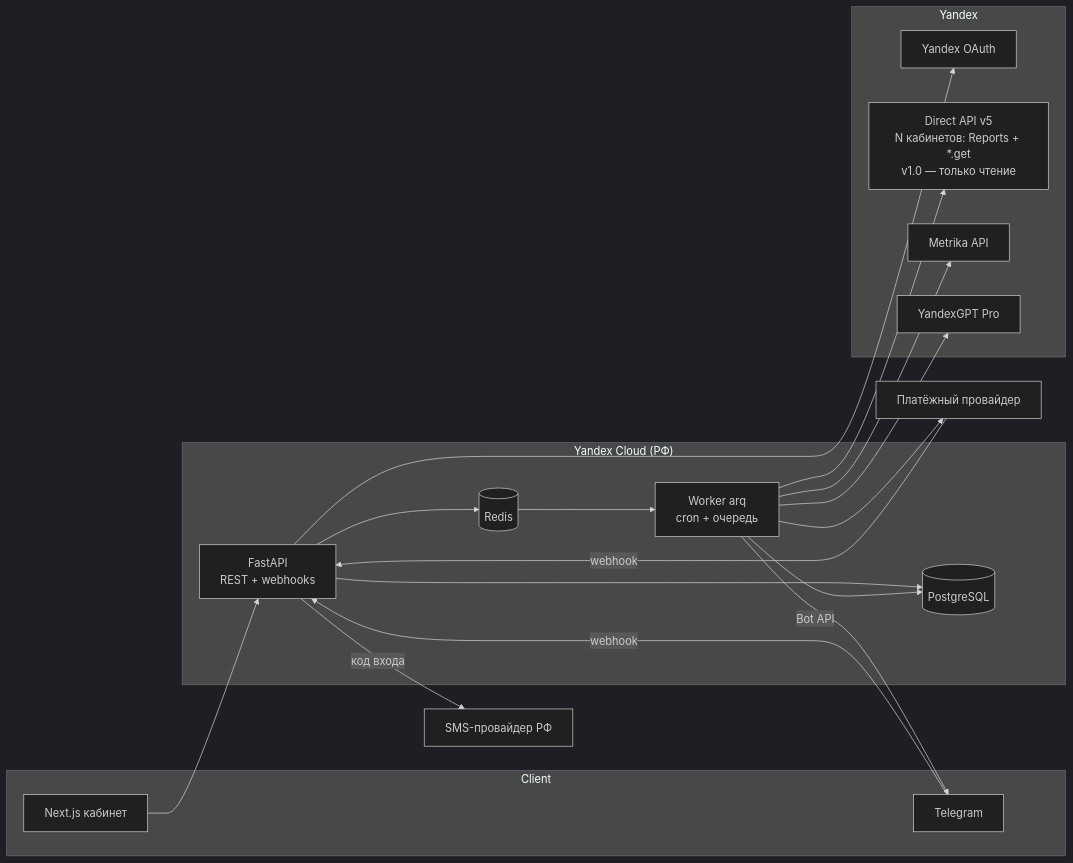
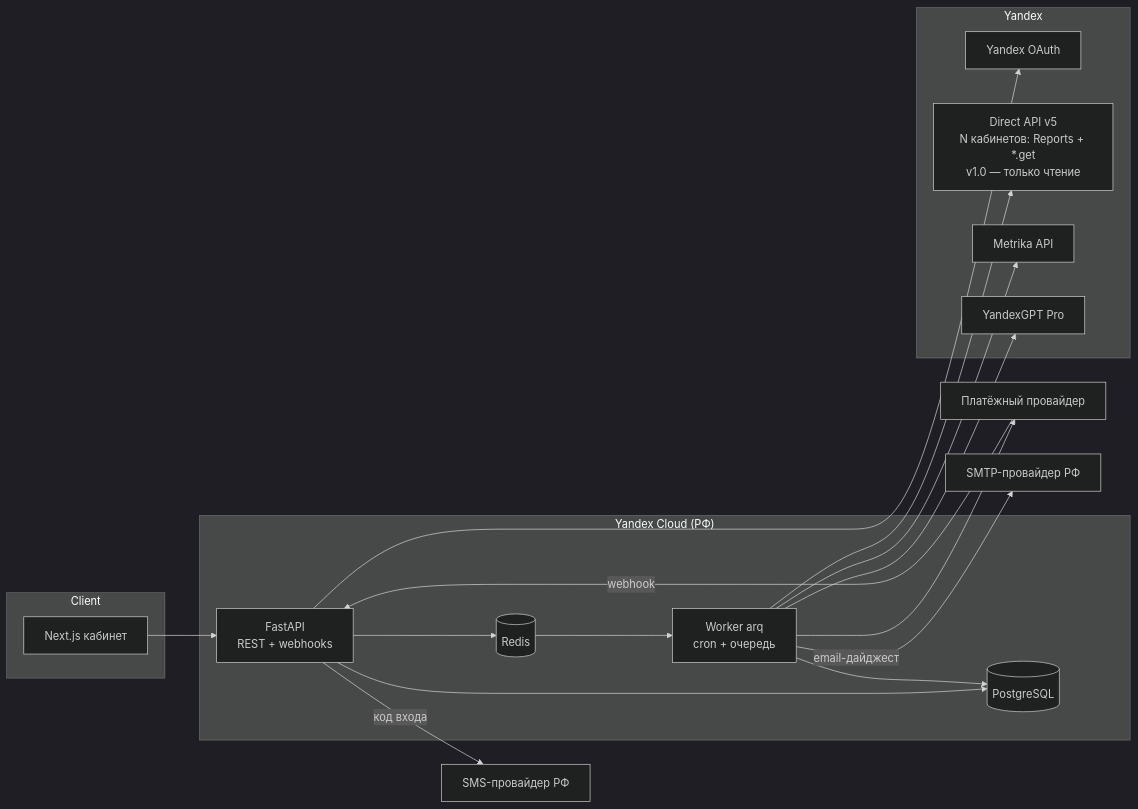
Before and after one commit to woorldmun-commits/ai-direct: the diagram in docs/ARCHITECTURE.md, drawn with Mermaid (dark theme). The commit also changed other lines of this file and 14 other files, not shown here.

Commit message:
docs: SMS-only login, replace Telegram with in-app + email notifications

````diff
--- a/docs/ARCHITECTURE.md
+++ b/docs/ARCHITECTURE.md
@@ -9,36 +9,35 @@
 ```mermaid
 flowchart LR
   subgraph Client
     WEB[Next.js кабинет]
-    TG[Telegram]
   end
 
   subgraph RF["Yandex Cloud (РФ)"]
     API[FastAPI<br/>REST + webhooks]
     WRK[Worker arq<br/>cron + очередь]
     PG[(PostgreSQL)]
     RD[(Redis)]
   end
 
   subgraph Yandex
     OAUTH[Yandex OAuth]
     DIRECT[Direct API v5<br/>N кабинетов: Reports + *.get<br/>v1.0 — только чтение]
     METRIKA[Metrika API]
     YGPT[YandexGPT Pro]
   end
 
   PAY[Платёжный провайдер]
   SMS[SMS-провайдер РФ]
+  MAIL[SMTP-провайдер РФ]
 
   WEB --> API
   API -->|код входа| SMS
-  TG -->|webhook| API
   API --> PG & RD
   WRK --> PG
   RD --> WRK
   API --> OAUTH
   WRK --> DIRECT & METRIKA & YGPT
-  WRK -->|Bot API| TG
+  WRK -->|email-дайджест| MAIL
   PAY -->|webhook| API
   WRK --> PAY
 ```
````
